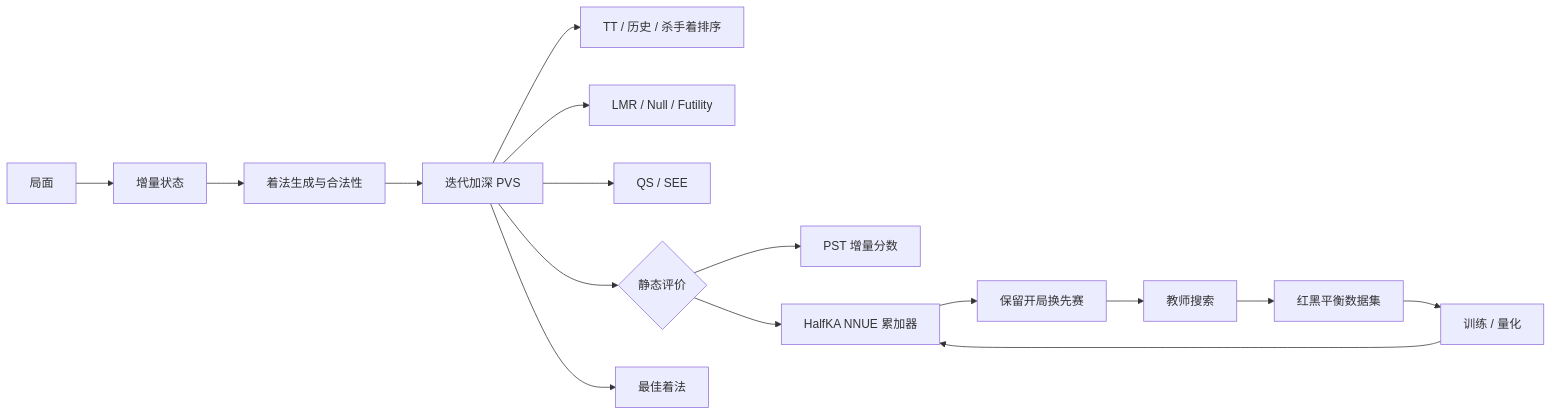
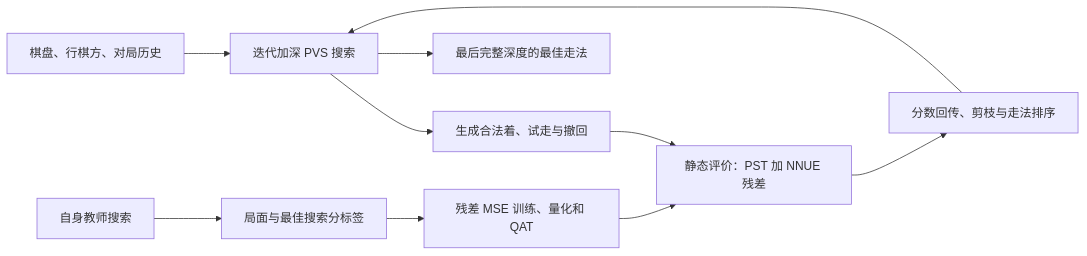
One commit to childofcuriosity/chinese-chess-xiangqi-searcher changed the diagram in README_zh.md. Above: the diagram before and after it, drawn with Mermaid. The commit also changed other lines of this file and 5 other files, not shown here.

````diff
--- a/README_zh.md
+++ b/README_zh.md
@@ -47,19 +15,12 @@
 ```mermaid
 flowchart LR
-    POS[局面] --> STATE[增量状态]
-    STATE --> MOVE[着法生成与合法性]
-    MOVE --> SEARCH[迭代加深 PVS]
-    SEARCH --> ORDER[TT / 历史 / 杀手着排序]
-    SEARCH --> PRUNE[LMR / Null / Futility]
-    SEARCH --> QS[QS / SEE]
-    SEARCH --> EVAL{静态评价}
-    EVAL --> PST[PST 增量分数]
-    EVAL --> NNUE[HalfKA NNUE 累加器]
-    SEARCH --> BEST[最佳着法]
-
-    TEACHER[教师搜索] --> DATA[红黑平衡数据集]
-    DATA --> TRAIN[训练 / 量化]
-    TRAIN --> NNUE
-    NNUE --> MATCH[保留开局换先赛]
-    MATCH --> TEACHER
+    B[棋盘、行棋方、对局历史] --> S[迭代加深 PVS 搜索]
+    S --> M[生成合法着、试走与撤回]
+    M --> E[静态评价：PST 加 NNUE 残差]
+    E --> V[分数回传、剪枝与走法排序]
+    V --> S
+    S --> O[最后完整深度的最佳走法]
+    T[自身教师搜索] --> D[局面与最佳搜索分标签]
+    D --> L[残差 MSE 训练、量化和 QAT]
+    L --> E
 ```
````
